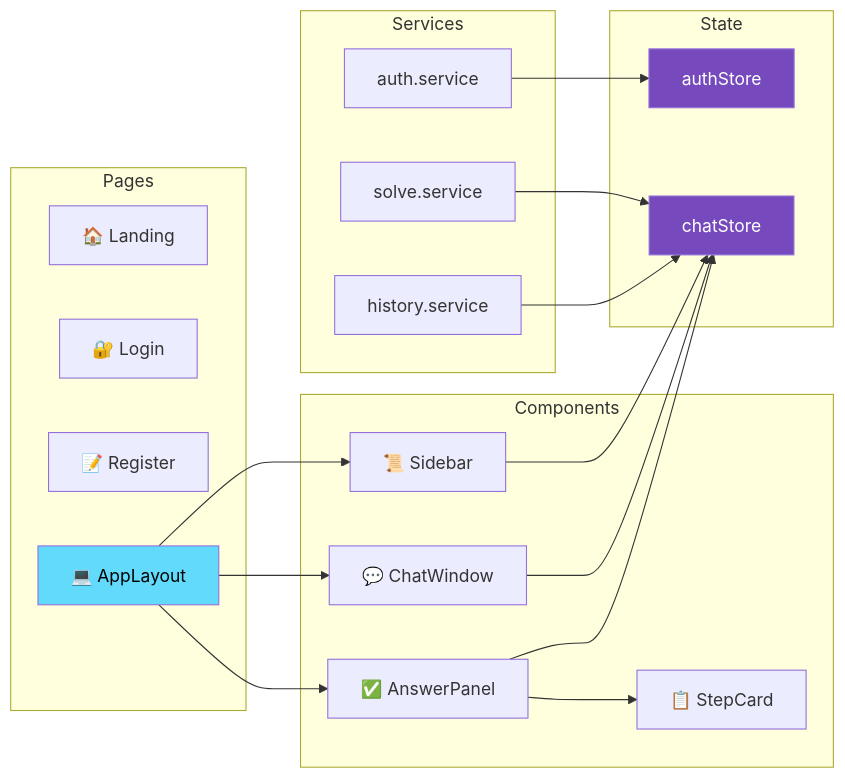
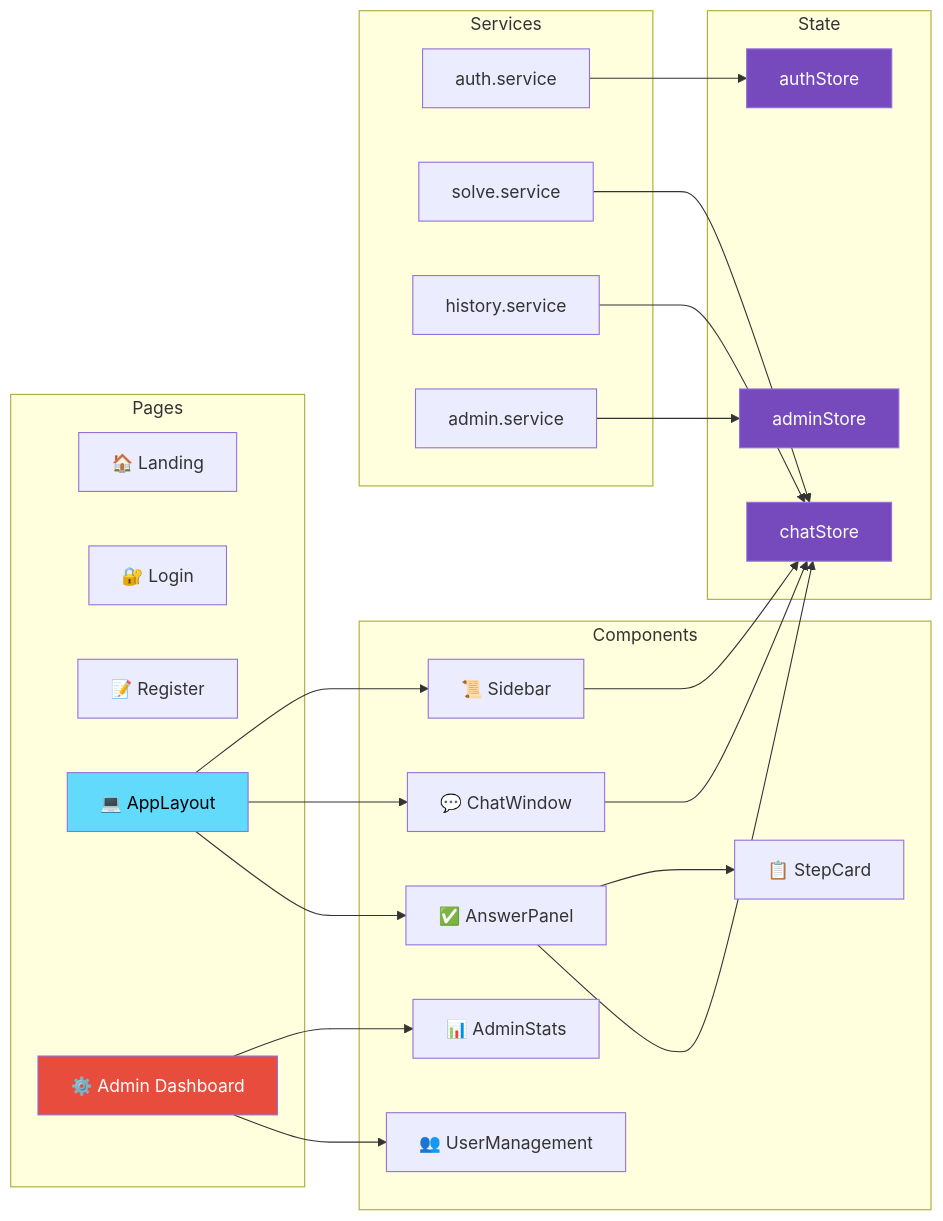
One commit to AbhishekBalija/MathGPT changed the fourth of 8 diagrams in docs/architecture.md. Above: the diagram before and after it, drawn with Mermaid. The commit also changed other lines of this file and 28 other files, not shown here.

Commit message:
feat: Implement a comprehensive admin dashboard with error logging, user management, and analytics.

````diff
--- a/docs/architecture.md
+++ b/docs/architecture.md
@@ -125,44 +131,55 @@
 ```mermaid
 graph LR
     subgraph "Pages"
         LANDING["🏠 Landing"]
         LOGIN["🔐 Login"]
         REGISTER["📝 Register"]
         APP["💻 AppLayout"]
+        ADMIN_DASH["⚙️ Admin Dashboard"]
     end
 
     subgraph "Components"
         SIDEBAR["📜 Sidebar"]
         CHAT["💬 ChatWindow"]
         ANSWER["✅ AnswerPanel"]
         STEP["📋 StepCard"]
+        ADMIN_STATS["📊 AdminStats"]
+        ADMIN_USERS["👥 UserManagement"]
     end
 
     subgraph "State"
         AUTH_STORE["authStore"]
         CHAT_STORE["chatStore"]
+        ADMIN_STORE["adminStore"]
     end
 
     subgraph "Services"
         AUTH_SVC["auth.service"]
         SOLVE_SVC["solve.service"]
         HISTORY_SVC["history.service"]
+        ADMIN_SVC["admin.service"]
     end
 
     APP --> SIDEBAR
     APP --> CHAT
     APP --> ANSWER
     ANSWER --> STEP
+
+    ADMIN_DASH --> ADMIN_STATS
+    ADMIN_DASH --> ADMIN_USERS
 
     SIDEBAR --> CHAT_STORE
     CHAT --> CHAT_STORE
     ANSWER --> CHAT_STORE
 
     AUTH_SVC --> AUTH_STORE
     SOLVE_SVC --> CHAT_STORE
     HISTORY_SVC --> CHAT_STORE
+    ADMIN_SVC --> ADMIN_STORE
 
     style APP fill:#61dafb,color:#000
+    style ADMIN_DASH fill:#e74c3c,color:#fff
     style CHAT_STORE fill:#764abc,color:#fff
     style AUTH_STORE fill:#764abc,color:#fff
+    style ADMIN_STORE fill:#764abc,color:#fff
 ```
````
